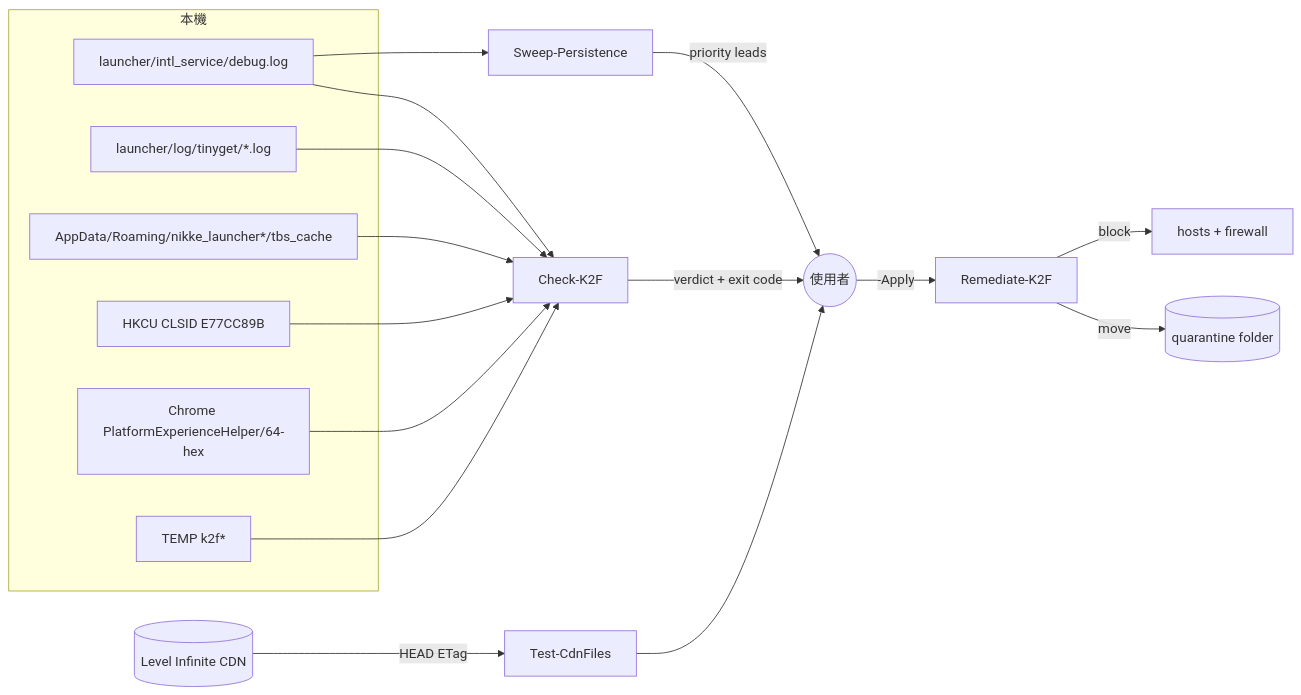
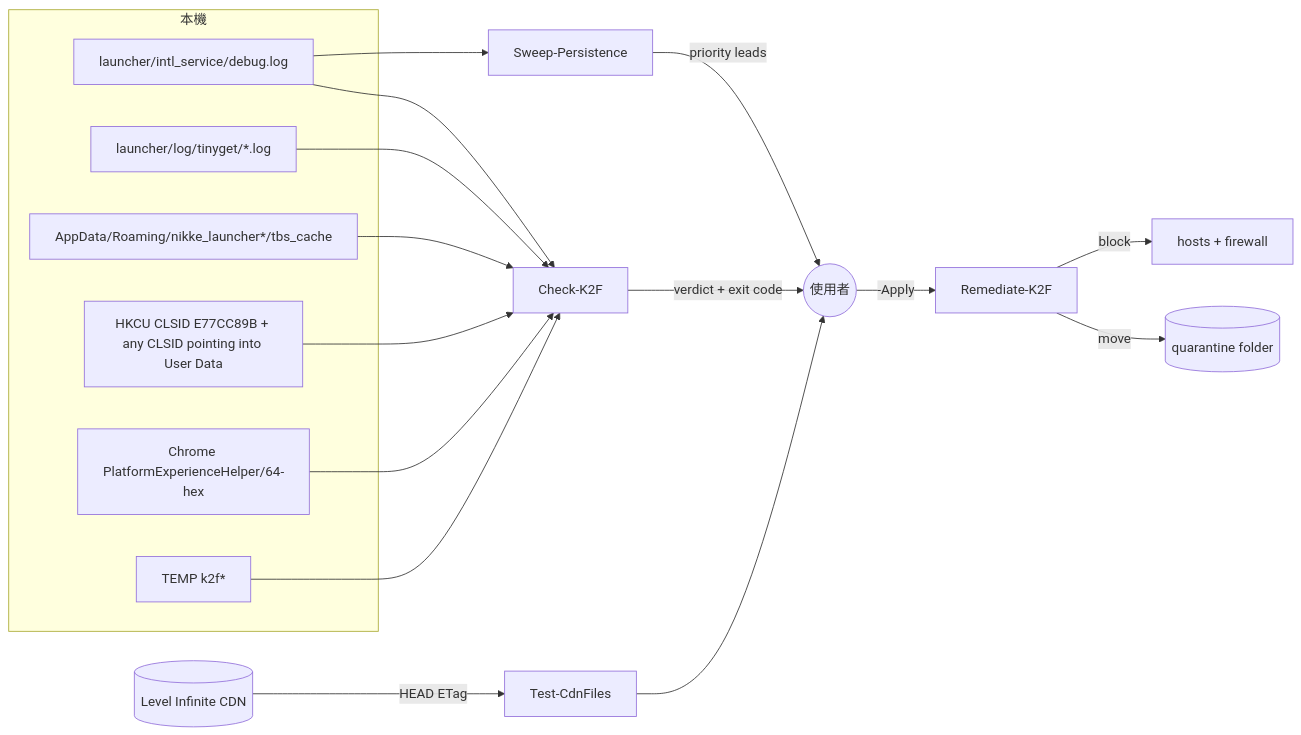
The diagram in docs/DEVELOPER.md (WizerdBaChe/nikke-k2f-check), drawn with Mermaid before and after one commit. The commit also changed other lines of this file and 6 other files, not shown here.

````diff
--- a/docs/DEVELOPER.md
+++ b/docs/DEVELOPER.md
@@ -30,26 +30,26 @@
 ```mermaid
 flowchart LR
   subgraph disk[本機]
     DL[launcher/intl_service/debug.log]
     TG[launcher/log/tinyget/*.log]
     LS[AppData/Roaming/nikke_launcher*/tbs_cache]
-    HK[HKCU CLSID E77CC89B]
+    HK[HKCU CLSID E77CC89B + any CLSID pointing into User Data]
     PEH[Chrome PlatformExperienceHelper/64-hex]
     TMP[TEMP k2f*]
   end
   CDN[(Level Infinite CDN)]
   DL --> C[Check-K2F]
   TG --> C
   LS --> C
   HK --> C
   PEH --> C
   TMP --> C
   DL --> SW[Sweep-Persistence]
   C -->|verdict + exit code| U((使用者))
   SW -->|priority leads| U
   CDN -->|HEAD ETag| T[Test-CdnFiles]
   T --> U
   U -->|-Apply| R[Remediate-K2F]
   R -->|move| Q[(quarantine folder)]
   R -->|block| H[hosts + firewall]
 ```
````
